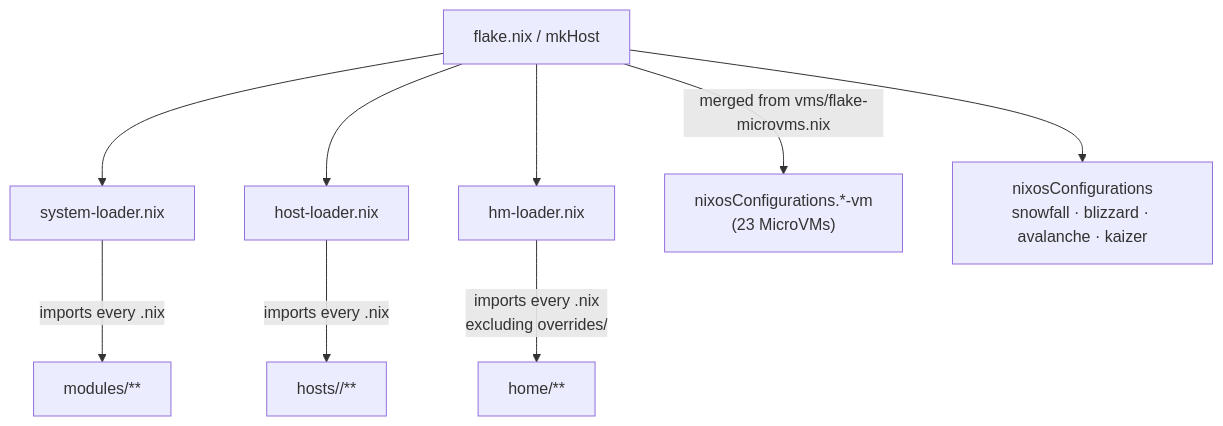
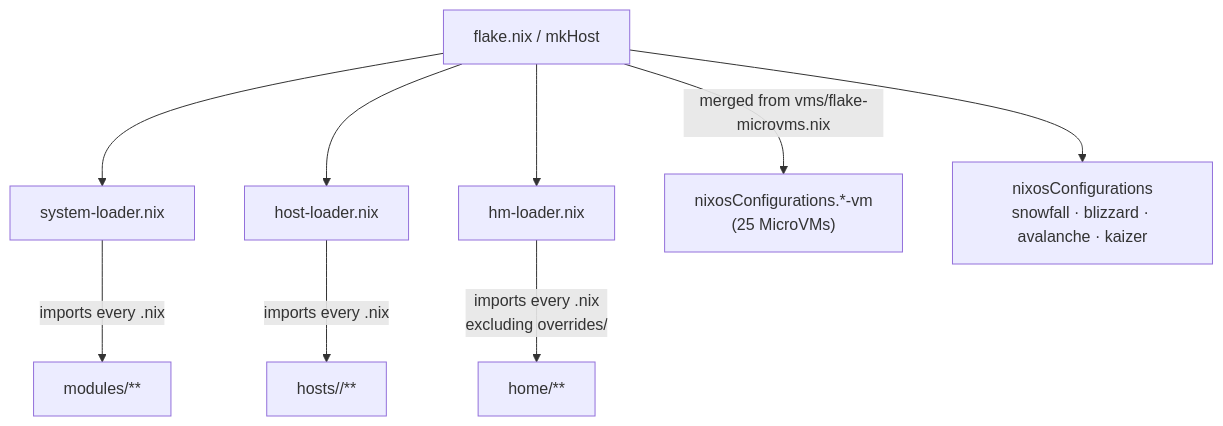
One commit to telometto/nix-config changed the first of 10 diagrams in docs/Project_Architecture_Blueprint.md. Above: the diagram before and after it, drawn with Mermaid. The commit also changed other lines of this file and 6 other files, not shown here.

````diff
--- a/docs/Project_Architecture_Blueprint.md
+++ b/docs/Project_Architecture_Blueprint.md
@@ -22,11 +22,11 @@
 ```mermaid
 flowchart TD
     F[flake.nix / mkHost] --> SL[system-loader.nix]
     F --> HL[host-loader.nix]
     F --> HML[hm-loader.nix]
     SL -->|"imports every .nix"| MOD["modules/**"]
     HL -->|"imports every .nix"| HOST["hosts/<hostname>/**"]
     HML -->|"imports every .nix\nexcluding overrides/"| HOME["home/**"]
-    F -->|merged from vms/flake-microvms.nix| VMS["nixosConfigurations.*-vm\n(23 MicroVMs)"]
+    F -->|merged from vms/flake-microvms.nix| VMS["nixosConfigurations.*-vm\n(25 MicroVMs)"]
     F --> HOSTS["nixosConfigurations\nsnowfall · blizzard · avalanche · kaizer"]
 ```
````
